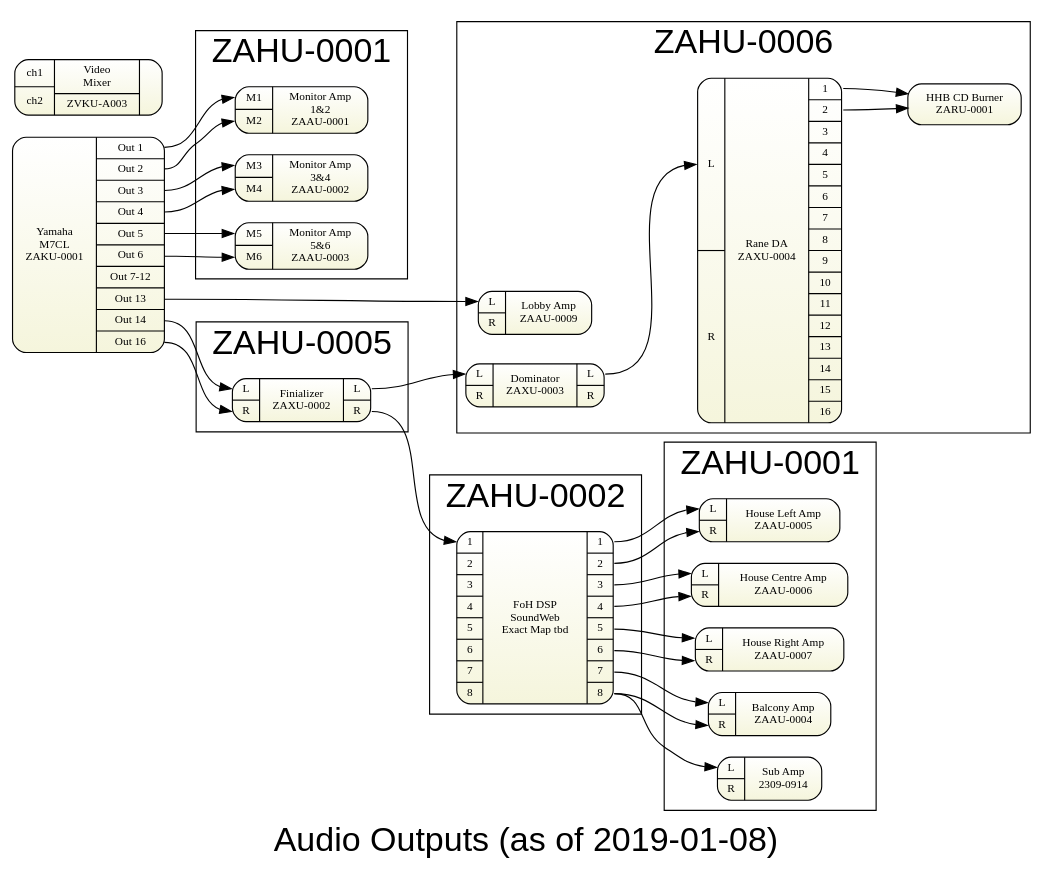
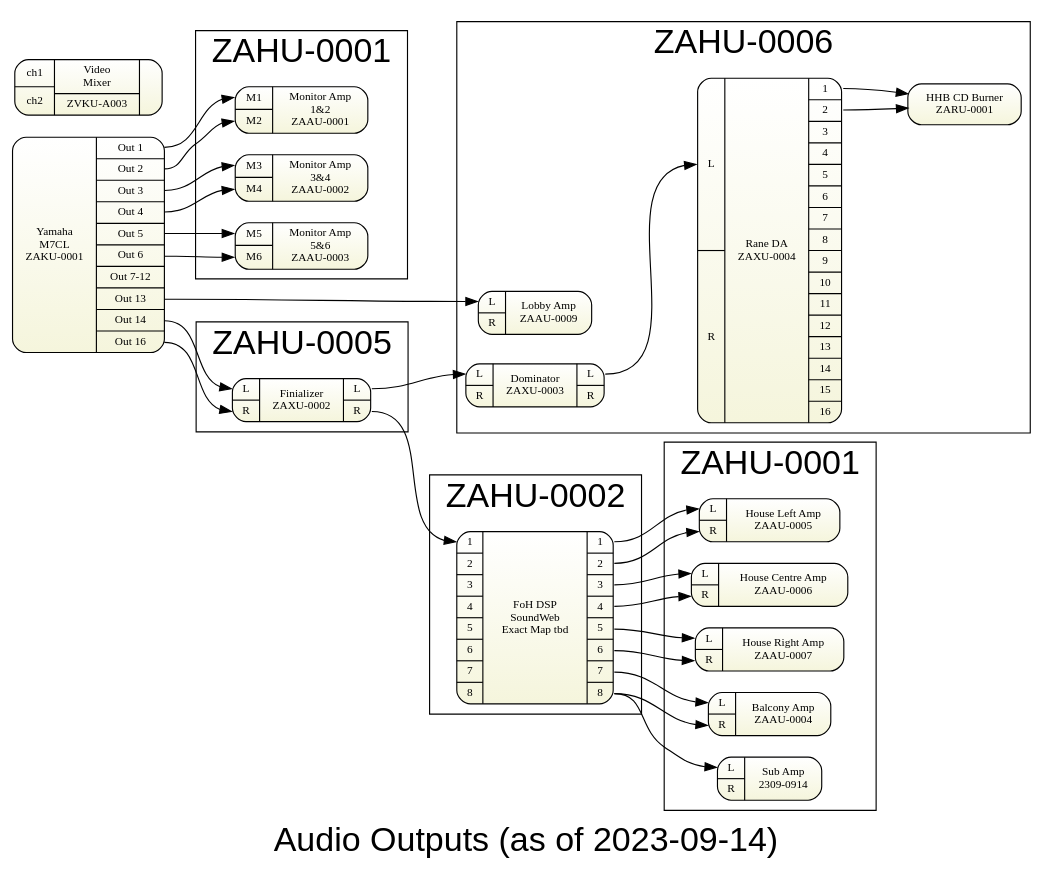
One commit to avmaint/uactechdoc changed the diagram in gv/sda-outputs.gv. Above: the diagram before and after it, drawn with Graphviz.

Commit message:
corrected date

```diff
--- a/gv/sda-outputs.gv
+++ b/gv/sda-outputs.gv
@@ -1,6 +1,6 @@
 digraph outputs { 
 graph [overlap = true, fontsize = 30, rankdir=LR 
-      label="Audio Outputs (as of 2019-01-08)",
+      label="Audio Outputs (as of 2023-09-14)",
       fontname = Helvetica]
 
 node [shape=Mrecord, tooltip="" ,  fontsize = 10,
```
